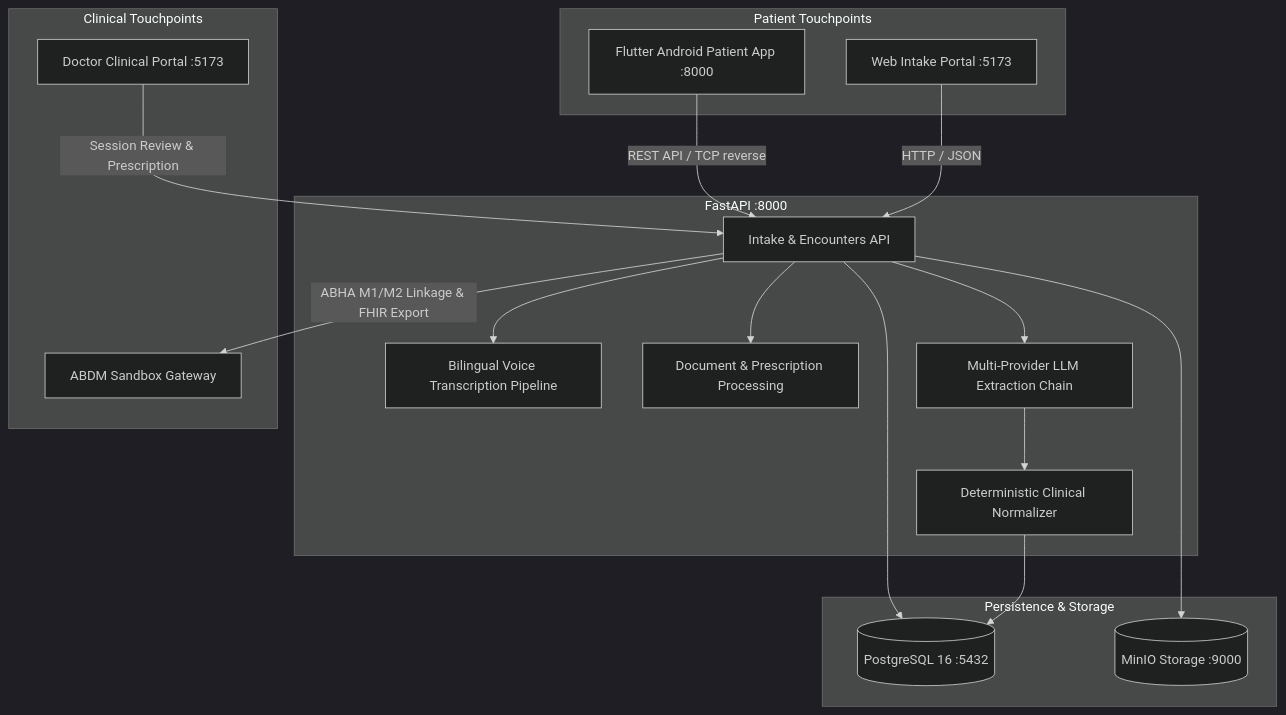
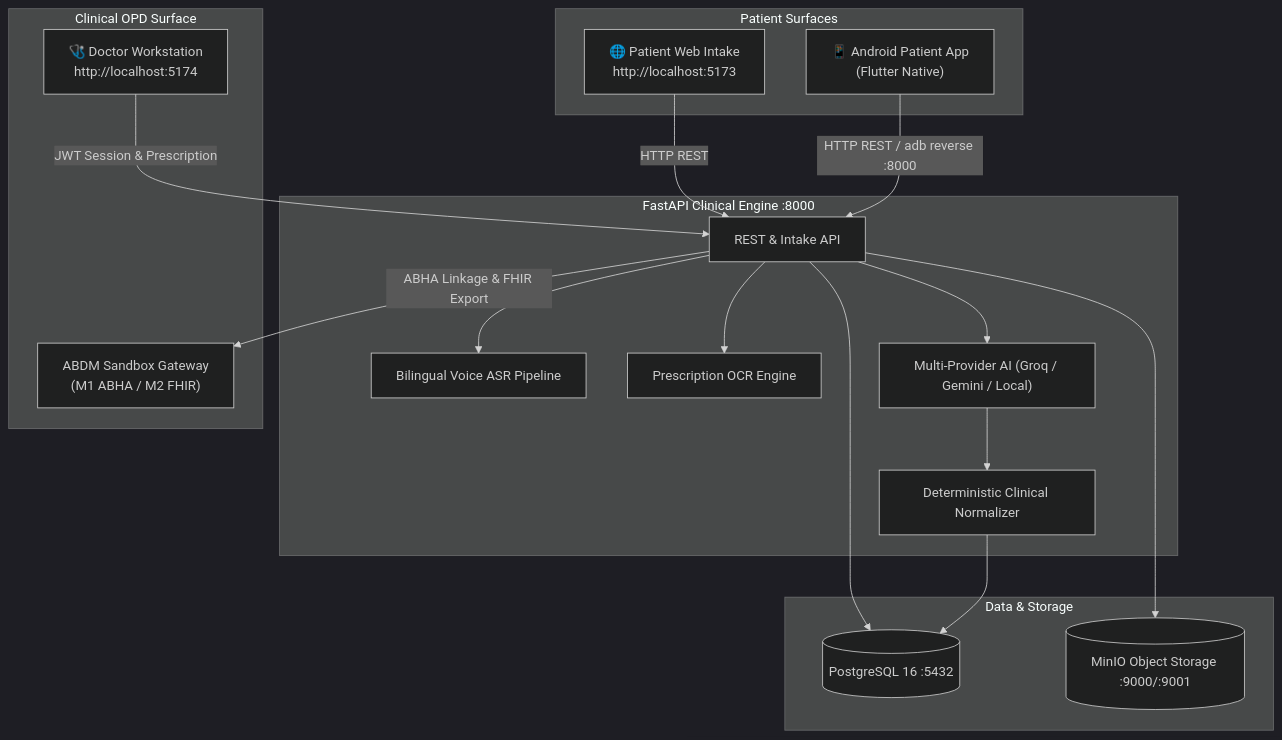
Before and after one commit to harshkoli1255/Swasthya-Saathi: the diagram in README.md, drawn with Mermaid (dark theme). The commit also changed other lines of this file, not shown here.

Commit message:
docs: clarify patient (:5173) and doctor (:5174) web portals and streamline README

````diff
--- a/README.md
+++ b/README.md
@@ -39,37 +34,37 @@
 ```mermaid
 graph TD
-    subgraph Patient Touchpoints
-        Mobile[Flutter Android Patient App :8000]
-        WebPatient[Web Intake Portal :5173]
+    subgraph Patient Surfaces
+        WebPatient["🌐 Patient Web Intake<br>http://localhost:5173"]
+        Mobile["📱 Android Patient App<br>(Flutter Native)"]
     end
 
-    subgraph Backend Core [FastAPI :8000]
-        API[Intake & Encounters API]
-        ASR[Bilingual Voice Transcription Pipeline]
-        OCR[Document & Prescription Processing]
-        LLM[Multi-Provider LLM Extraction Chain]
-        TriageEngine[Deterministic Clinical Normalizer]
+    subgraph Backend Core ["FastAPI Clinical Engine :8000"]
+        API["REST & Intake API"]
+        ASR["Bilingual Voice ASR Pipeline"]
+        OCR["Prescription OCR Engine"]
+        LLM["Multi-Provider AI (Groq / Gemini / Local)"]
+        TriageEngine["Deterministic Clinical Normalizer"]
     end
 
-    subgraph Persistence & Storage
-        DB[(PostgreSQL 16 :5432)]
-        S3[(MinIO Storage :9000)]
+    subgraph Data & Storage
+        DB[("PostgreSQL 16 :5432")]
+        S3[("MinIO Object Storage :9000/:9001")]
     end
 
-    subgraph Clinical Touchpoints
-        DoctorWorkstation[Doctor Clinical Portal :5173]
-        ABDMGateway[ABDM Sandbox Gateway]
+    subgraph Clinical OPD Surface
+        DoctorWorkstation["🩺 Doctor Workstation<br>http://localhost:5174"]
+        ABDMGateway["ABDM Sandbox Gateway<br>(M1 ABHA / M2 FHIR)"]
     end
 
-    Mobile -->|REST API / TCP reverse| API
-    WebPatient -->|HTTP / JSON| API
+    WebPatient -->|HTTP REST| API
+    Mobile -->|HTTP REST / adb reverse :8000| API
     API --> DB
     API --> S3
     API --> ASR
     API --> OCR
     API --> LLM
     LLM --> TriageEngine
     TriageEngine --> DB
-    DoctorWorkstation -->|Session Review & Prescription| API
-    API -->|ABHA M1/M2 Linkage & FHIR Export| ABDMGateway
+    DoctorWorkstation -->|JWT Session & Prescription| API
+    API -->|ABHA Linkage & FHIR Export| ABDMGateway
 ```
````
